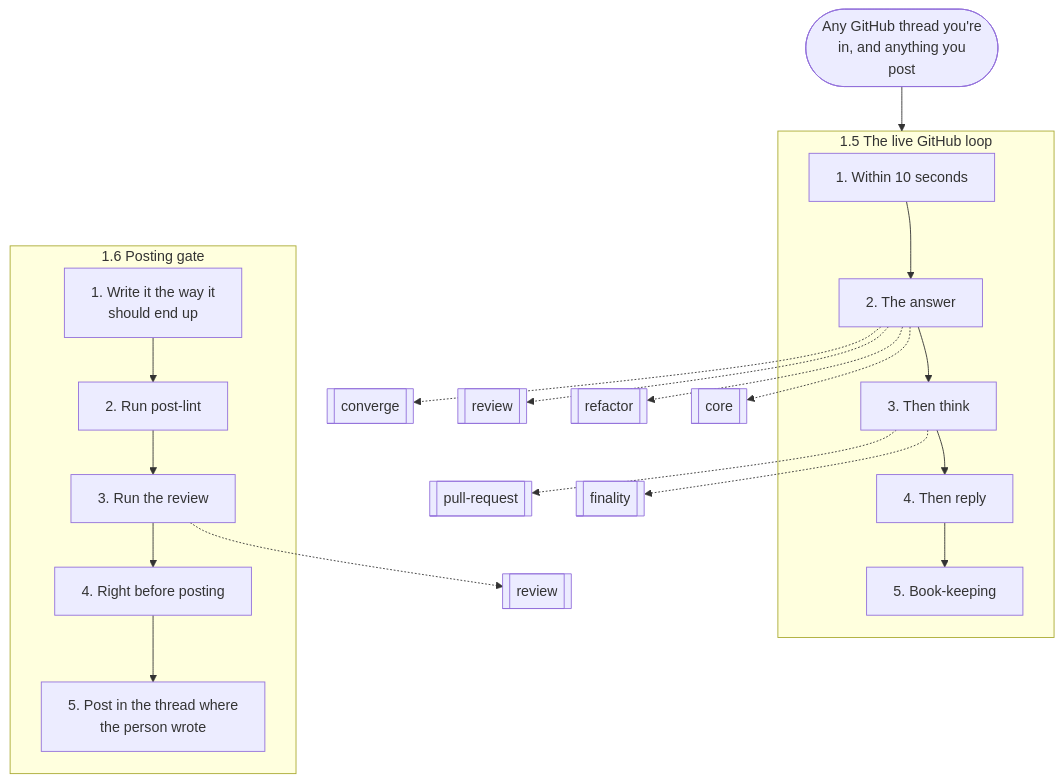
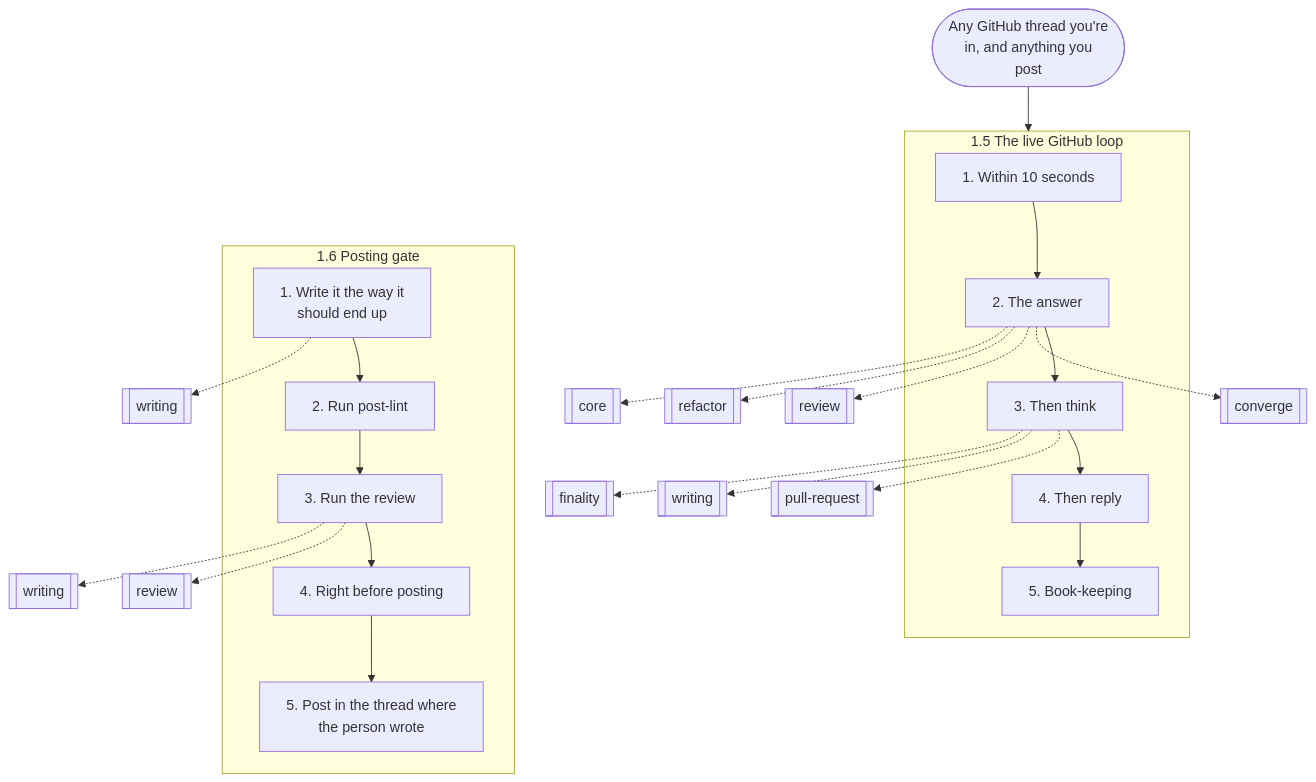
The fourth of 17 diagrams in docs/graphs.md (nitedani/mergeworthy), drawn with Mermaid before and after one commit. The commit also changed other lines of this file and 14 other files, not shown here.

````diff
--- a/docs/graphs.md
+++ b/docs/graphs.md
@@ -102,35 +123,38 @@
 ```mermaid
 flowchart TB
   start(["Any GitHub thread you're<br/>in, and anything you<br/>post"])
   subgraph g0["1.5 The live GitHub loop"]
     s0["1. Within 10 seconds"]
     s1["2. The answer"]
     s0 --> s1
     s2["3. Then think"]
     s1 --> s2
     s3["4. Then reply"]
     s2 --> s3
     s4["5. Book-keeping"]
     s3 --> s4
   end
   s1 -.-> r1[["converge"]]
   s1 -.-> r2[["review"]]
   s1 -.-> r3[["refactor"]]
   s1 -.-> r4[["core"]]
   s2 -.-> r5[["pull-request"]]
-  s2 -.-> r6[["finality"]]
+  s2 -.-> r6[["writing"]]
+  s2 -.-> r7[["finality"]]
   subgraph g1["1.6 Posting gate"]
     s5["1. Write it the way it<br/>should end up"]
     s6["2. Run post-lint"]
     s5 --> s6
     s7["3. Run the review"]
     s6 --> s7
     s8["4. Right before posting"]
     s7 --> s8
     s9["5. Post in the thread where<br/>the person wrote"]
     s8 --> s9
   end
-  s7 -.-> r7[["review"]]
+  s5 -.-> r8[["writing"]]
+  s7 -.-> r9[["review"]]
+  s7 -.-> r10[["writing"]]
   start --> g0
   g0 ~~~ g1
 ```
````
